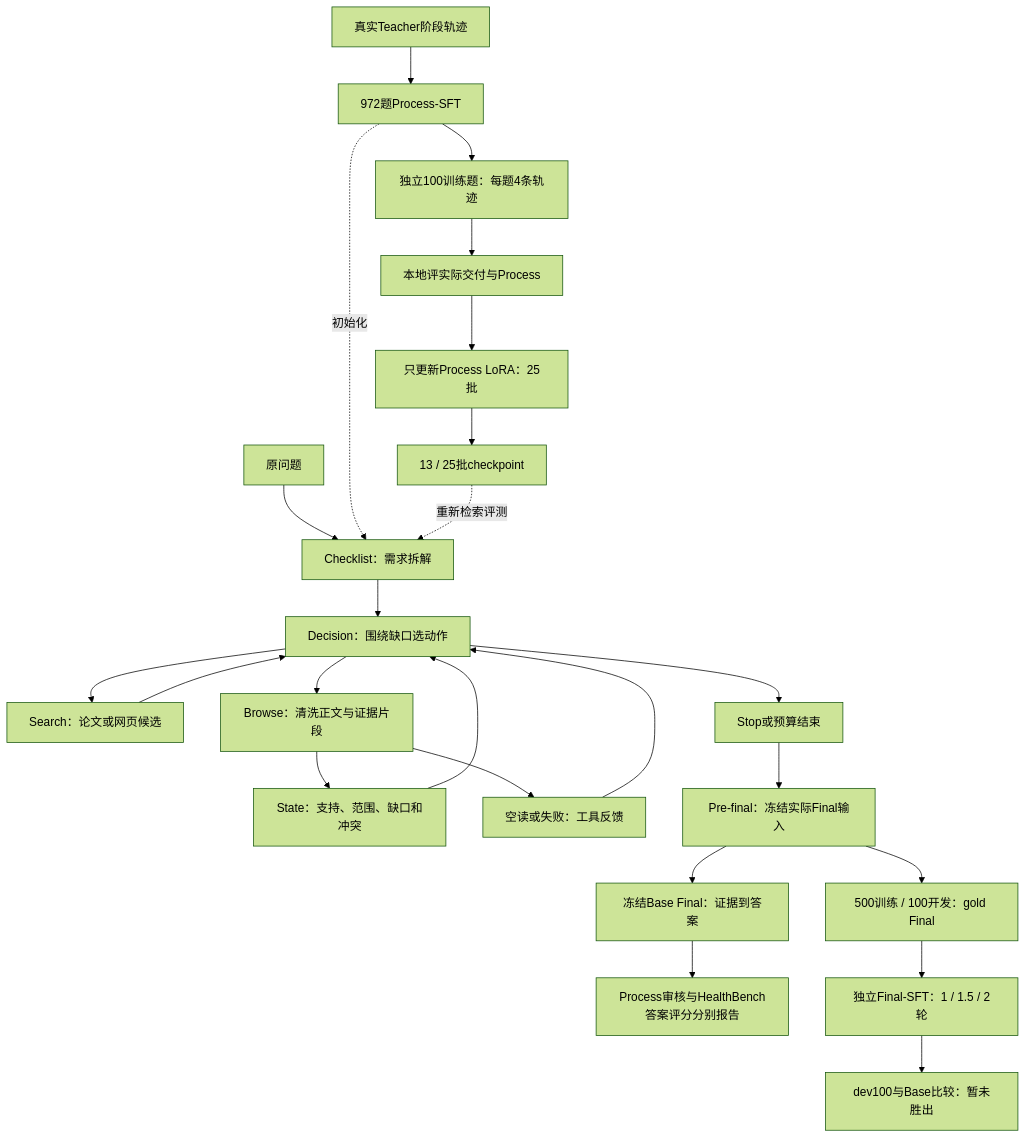
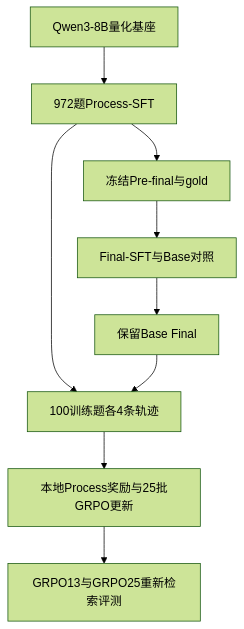
One commit to MaSunKing/medical-research-agent-grpo changed the diagram in versions/process_final_sft/README.md. Above: the diagram before and after it, drawn with Mermaid (forest theme). The commit also changed other lines of this file and 167 other files, not shown here.

````diff
--- a/versions/process_final_sft/README.md
+++ b/versions/process_final_sft/README.md
@@ -21,26 +20,11 @@
 ```mermaid
-flowchart TB
-    Q[原问题] --> C[Checklist：需求拆解]
-    C --> D[Decision：围绕缺口选动作]
-    D --> Search[Search：论文或网页候选]
-    Search --> D
-    D --> Browse[Browse：清洗正文与证据片段]
-    Browse --> State[State：支持、范围、缺口和冲突]
-    State --> D
-    Browse --> Feedback[空读或失败：工具反馈]
-    Feedback --> D
-    D --> Stop[Stop或预算结束]
-    Stop --> Pack[Pre-final：冻结实际Final输入]
-    Pack --> F[冻结Base Final：证据到答案]
-    F --> Eval[Process审核与HealthBench答案评分分别报告]
-    Teacher[真实Teacher阶段轨迹] --> PSFT[972题Process-SFT]
-    PSFT -. 初始化 .-> C
-    Pack --> Gold[500训练 / 100开发：gold Final]
-    Gold --> FSFT[独立Final-SFT：1 / 1.5 / 2轮]
-    FSFT --> Compare[dev100与Base比较：暂未胜出]
-    PSFT --> Rollout[独立100训练题：每题4条轨迹]
-    Rollout --> Reward[本地评实际交付与Process]
-    Reward --> Update[只更新Process LoRA：25批]
-    Update --> CP[13 / 25批checkpoint]
-    CP -. 重新检索评测 .-> C
+flowchart TD
+    A[Qwen3-8B量化基座] --> B[972题Process-SFT]
+    B --> C[冻结Pre-final与gold]
+    C --> D[Final-SFT与Base对照]
+    D --> E[保留Base Final]
+    B --> F[100训练题各4条轨迹]
+    E --> F
+    F --> G[本地Process奖励与25批GRPO更新]
+    G --> H[GRPO13与GRPO25重新检索评测]
 ```
````
